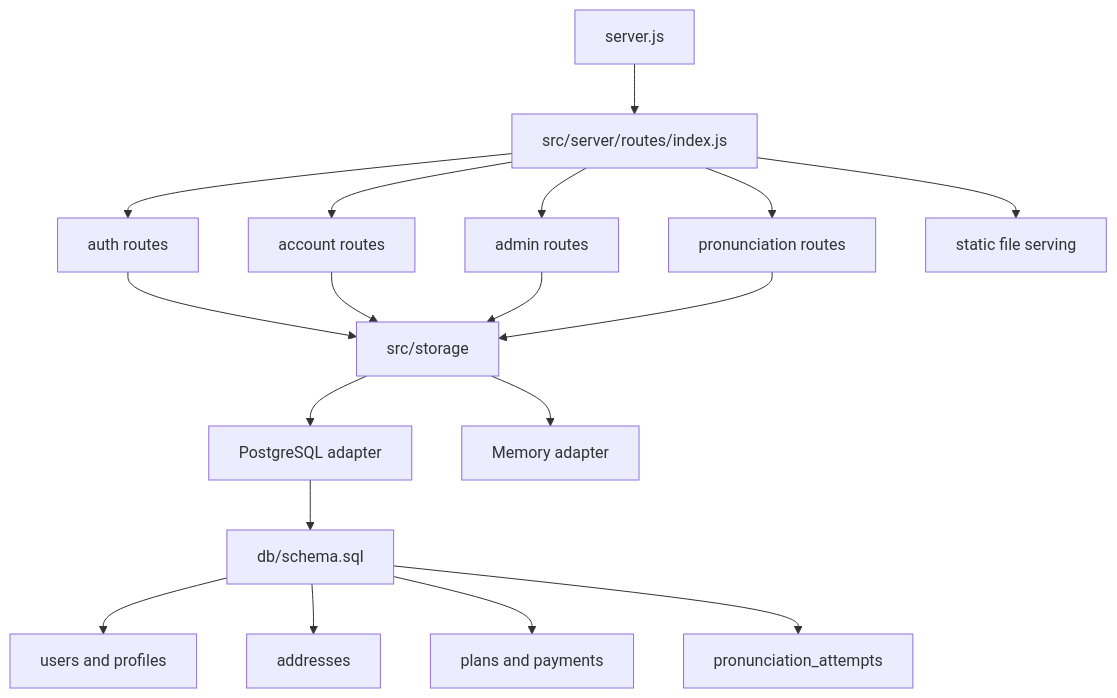
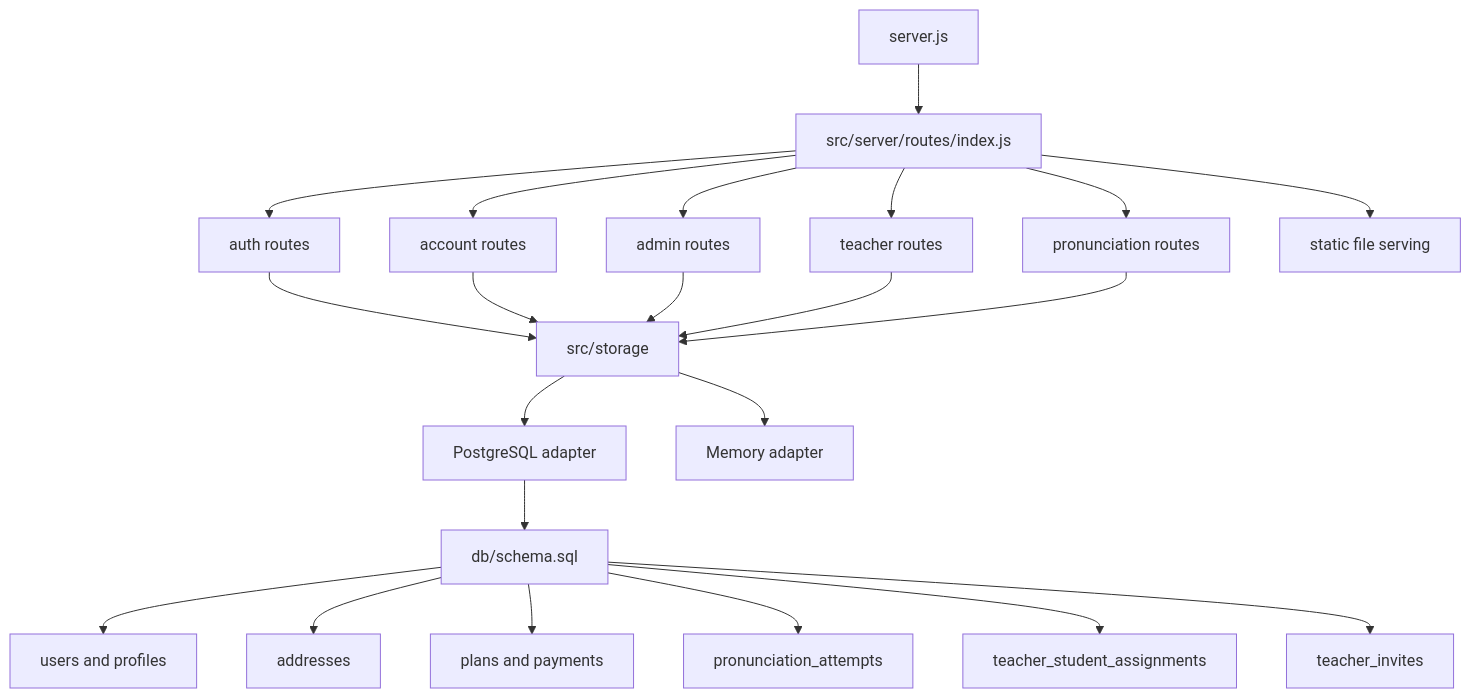
The third of 8 diagrams in architecture/06-diagrams.md (lvoliveiratec/english_app), drawn with Mermaid before and after one commit. The commit also changed other lines of this file and 32 other files, not shown here.

Commit message:
Add teacher assignments and invite flows

````diff
--- a/architecture/06-diagrams.md
+++ b/architecture/06-diagrams.md
@@ -65,22 +70,26 @@
 ```mermaid
 flowchart TD
   Server[server.js] --> Router[src/server/routes/index.js]
   Router --> Auth[auth routes]
   Router --> Account[account routes]
   Router --> Admin[admin routes]
+  Router --> Teacher[teacher routes]
   Router --> Pronunciation[pronunciation routes]
   Router --> Static[static file serving]
 
   Auth --> Storage[src/storage]
   Account --> Storage
   Admin --> Storage
+  Teacher --> Storage
   Pronunciation --> Storage
 
   Storage --> Pg[PostgreSQL adapter]
   Storage --> Mem[Memory adapter]
   Pg --> Schema[db/schema.sql]
   Schema --> Users[users and profiles]
   Schema --> Addresses[addresses]
   Schema --> Plans[plans and payments]
   Schema --> Attempts[pronunciation_attempts]
+  Schema --> Assignments[teacher_student_assignments]
+  Schema --> Invites[teacher_invites]
 ```
````
